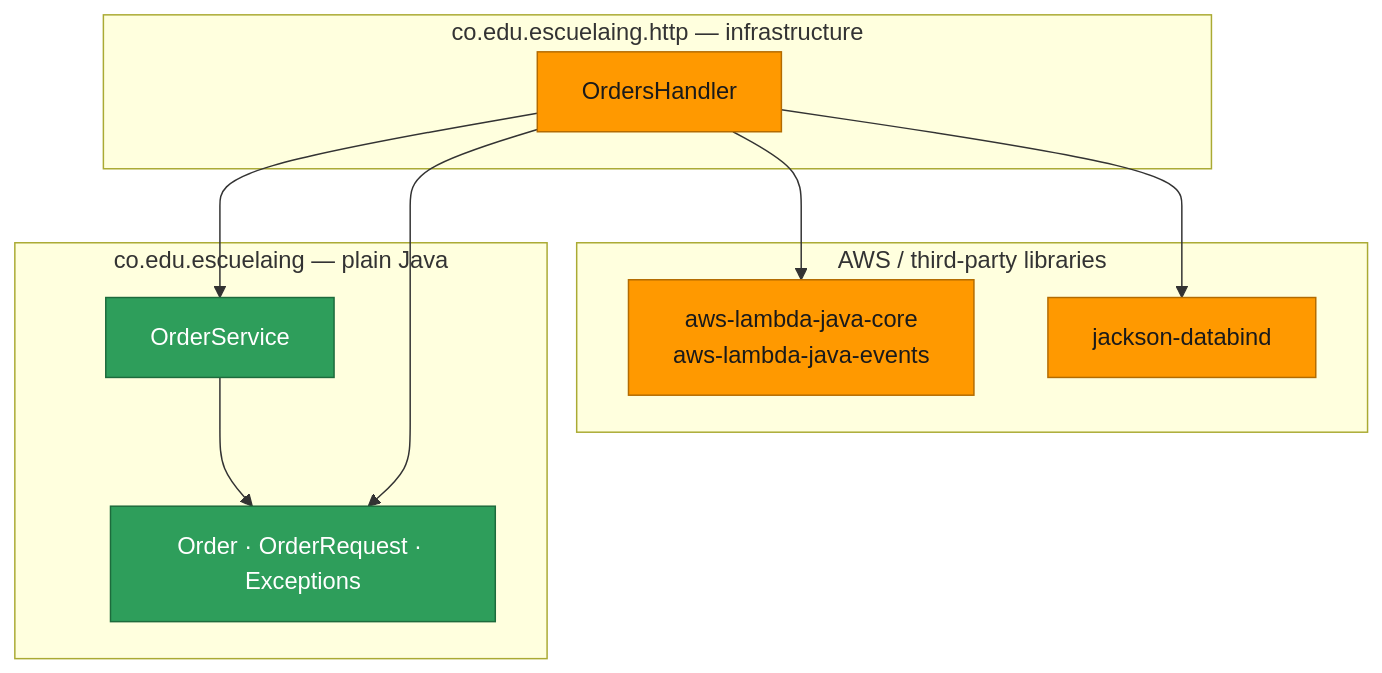
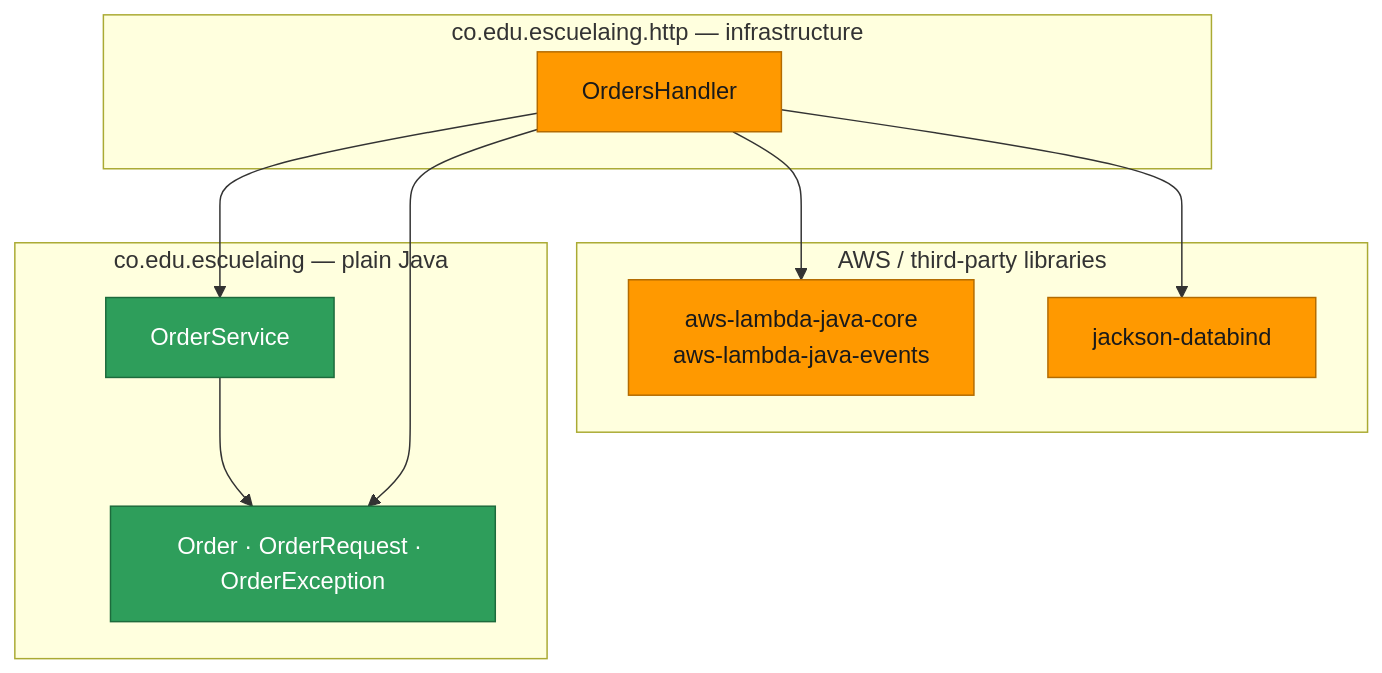
The fourth of 4 diagrams in README.md (daniel-pm19/serverless-rest-api-with-aws-lambda-and-api-gateway), drawn with Mermaid before and after one commit. The commit also changed other lines of this file and 5 other files, not shown here.

````diff
--- a/README.md
+++ b/README.md
@@ -1527,22 +1529,22 @@
 ```mermaid
 flowchart TB
     subgraph AWSDEP["AWS / third-party libraries"]
         L1["aws-lambda-java-core<br/>aws-lambda-java-events"]
         L2["jackson-databind"]
     end
     subgraph HTTP["co.edu.escuelaing.http — infrastructure"]
         H["OrdersHandler"]
     end
     subgraph CORE["co.edu.escuelaing — plain Java"]
-        S["OrderService"] --> D["Order · OrderRequest · Exceptions"]
+        S["OrderService"] --> D["Order · OrderRequest · OrderException"]
     end
     H --> L1
     H --> L2
     H --> S
     H --> D
 
     classDef aws fill:#ff9900,stroke:#b36b00,color:#1a1a1a
     classDef java fill:#2e9e5b,stroke:#1d6b3c,color:#ffffff
     class L1,L2,H aws
     class S,D java
 ```
````
